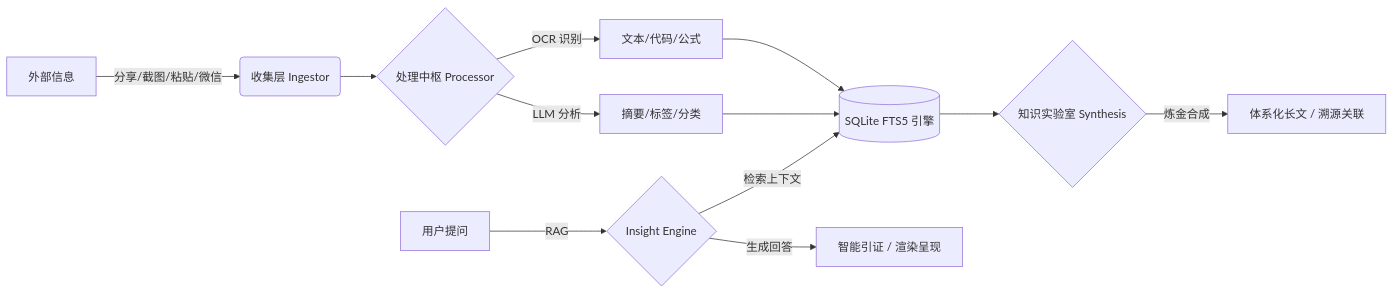
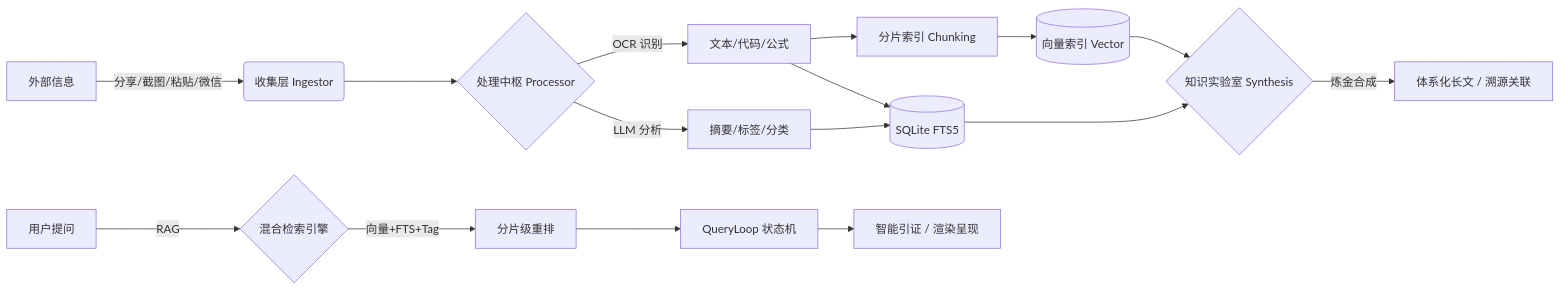
One commit to snowtraces/note_all changed the diagram in readme.md. Above: the diagram before and after it, drawn with Mermaid. The commit also changed other lines of this file, not shown here.

Commit message:
docs(readme): 修正技术参数与架构描述，确保与代码实现一致
主要修正：
- 向量检索阈值：0.73 → 0.78 (rag.go:172)
- Go 版本要求：1.21+ → 1.24+ (go.mod 实际版本)
- 短文本策略：熔断防御 → 少于50字直接使用原文作摘要 (llm.go:187)
- AI 模型：ERNIE/DeepSeek → ERNIE(默认)或兼容OpenAI API的LLM
- 工作流图解：新增分片索引层、混合检索引擎、QueryLoop状态机
- Agent流程：修正为加载会话→意图分析→[查询改写]→工具执行→QueryLoop

````diff
--- a/readme.md
+++ b/readme.md
@@ -44,13 +44,16 @@
 ```mermaid
 graph LR
     A[外部信息] -->|分享/截图/粘贴/微信| B(收集层 Ingestor)
     B --> C{处理中枢 Processor}
     C -->|OCR 识别| D[文本/代码/公式]
     C -->|LLM 分析| E[摘要/标签/分类]
-    D & E --> F[(SQLite FTS5 引擎)]
-    F --> J{知识实验室 Synthesis}
-    J -->|炼金合成| K[体系化长文 / 溯源关联]
-    G[用户提问] -->|RAG| H{Insight Engine}
-    H -->|检索上下文| F
-    H -->|生成回答| I[智能引证 / 渲染呈现]
+    D --> F[分片索引 Chunking]
+    F --> G[(向量索引 Vector)]
+    D & E --> H[(SQLite FTS5)]
+    G & H --> I{知识实验室 Synthesis}
+    I -->|炼金合成| J[体系化长文 / 溯源关联]
+    K[用户提问] -->|RAG| L{混合检索引擎}
+    L -->|向量+FTS+Tag| M[分片级重排]
+    M --> N[QueryLoop 状态机]
+    N --> O[智能引证 / 渲染呈现]
 ```
````
